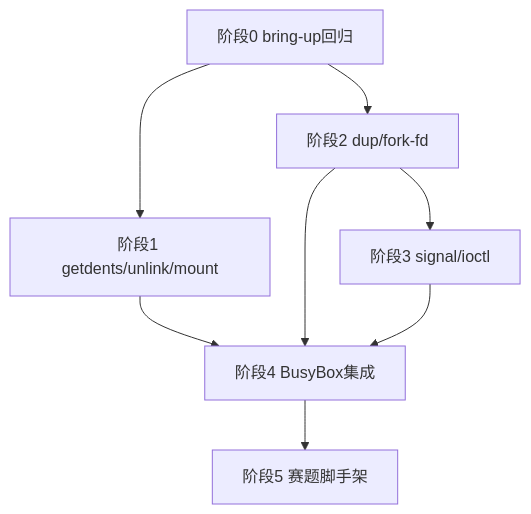
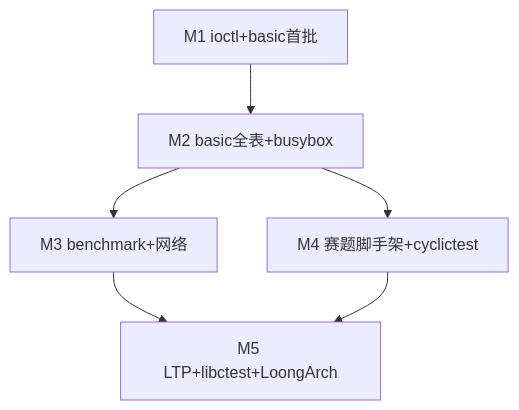
The diagram in docs/roadmap/riscv64-busybox/busybox-phased-plan.md (zhitian111/WaterOS), drawn with Mermaid before and after one commit. The commit also changed other lines of this file and 4 other files, not shown here.

````diff
--- a/docs/roadmap/riscv64-busybox/busybox-phased-plan.md
+++ b/docs/roadmap/riscv64-busybox/busybox-phased-plan.md
@@ -222,17 +200,8 @@
 ```mermaid
 flowchart TB
-  S0[阶段0 bring-up回归]
-  S1[阶段1 getdents/unlink/mount]
-  S2[阶段2 dup/fork-fd]
-  S3[阶段3 signal/ioctl]
-  S4[阶段4 BusyBox集成]
-  S5[阶段5 赛题脚手架]
-
-  S0 --> S1
-  S0 --> S2
-  S1 --> S4
-  S2 --> S3
-  S2 --> S4
-  S3 --> S4
-  S4 --> S5
+  M1[M1 ioctl+basic首批] --> M2[M2 basic全表+busybox]
+  M2 --> M3[M3 benchmark+网络]
+  M2 --> M4[M4 赛题脚手架+cyclictest]
+  M3 --> M5[M5 LTP+libctest+LoongArch]
+  M4 --> M5
 ```
````
